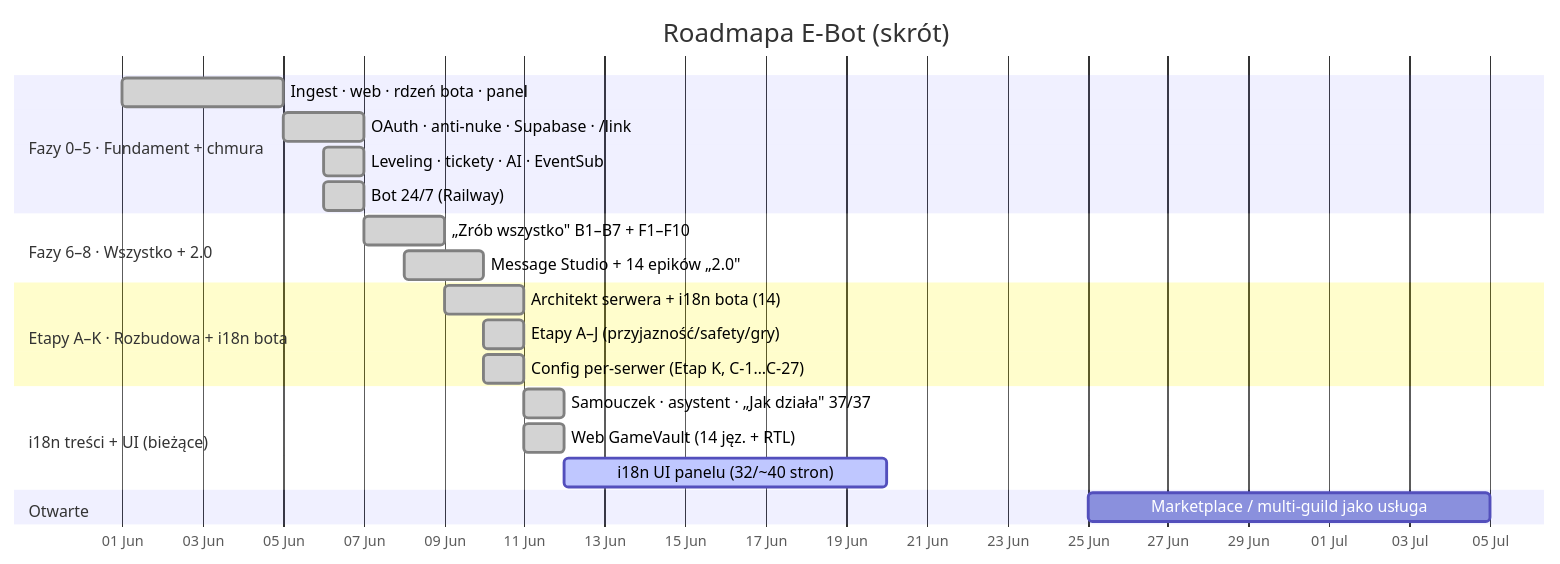
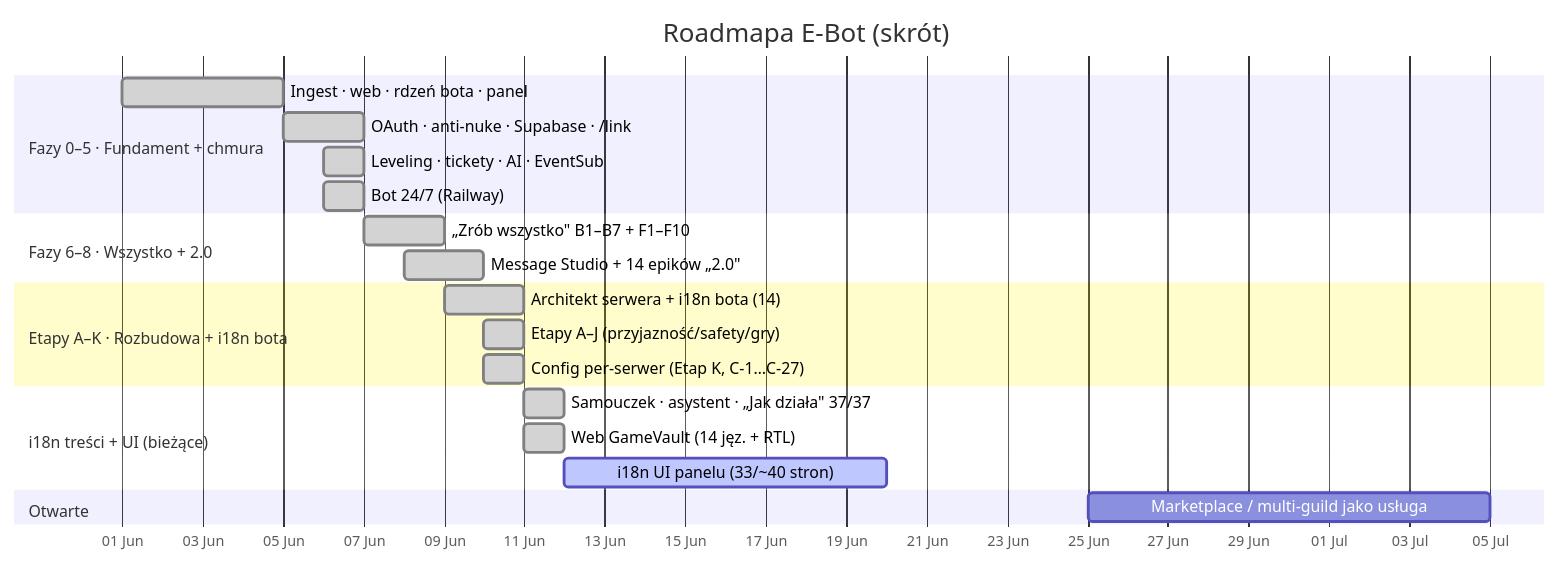
The first of 2 diagrams in docs/ROADMAP.md (Gh0s777tt/E-Bot), drawn with Mermaid before and after one commit. The commit also changed other lines of this file and 8 other files, not shown here.

````diff
--- a/docs/ROADMAP.md
+++ b/docs/ROADMAP.md
@@ -23,24 +23,24 @@
 ```mermaid
 gantt
   title Roadmapa E-Bot (skrót)
   dateFormat YYYY-MM-DD
   axisFormat %d %b
   section Fazy 0–5 · Fundament + chmura
   Ingest · web · rdzeń bota · panel    :done, f0, 2026-06-01, 4d
   OAuth · anti-nuke · Supabase · /link :done, f1, 2026-06-05, 2d
   Leveling · tickety · AI · EventSub   :done, f4, 2026-06-06, 1d
   Bot 24/7 (Railway)                   :done, f5, 2026-06-06, 1d
   section Fazy 6–8 · Wszystko + 2.0
   „Zrób wszystko" B1–B7 + F1–F10       :done, f7, 2026-06-07, 2d
   Message Studio + 14 epików „2.0"     :done, f8, 2026-06-08, 2d
   section Etapy A–K · Rozbudowa + i18n bota
   Architekt serwera + i18n bota (14)   :done, ek1, 2026-06-09, 2d
   Etapy A–J (przyjazność/safety/gry)   :done, ek2, 2026-06-10, 1d
   Config per-serwer (Etap K, C-1…C-27) :done, ek3, 2026-06-10, 1d
   section i18n treści + UI (bieżące)
   Samouczek · asystent · „Jak działa" 37/37 :done, i1, 2026-06-11, 1d
   Web GameVault (14 jęz. + RTL)        :done, i2, 2026-06-11, 1d
-  i18n UI panelu (32/~40 stron)        :active, i3, 2026-06-12, 8d
+  i18n UI panelu (33/~40 stron)        :active, i3, 2026-06-12, 8d
   section Otwarte
   Marketplace / multi-guild jako usługa :        mk, 2026-06-25, 10d
 ```
````
